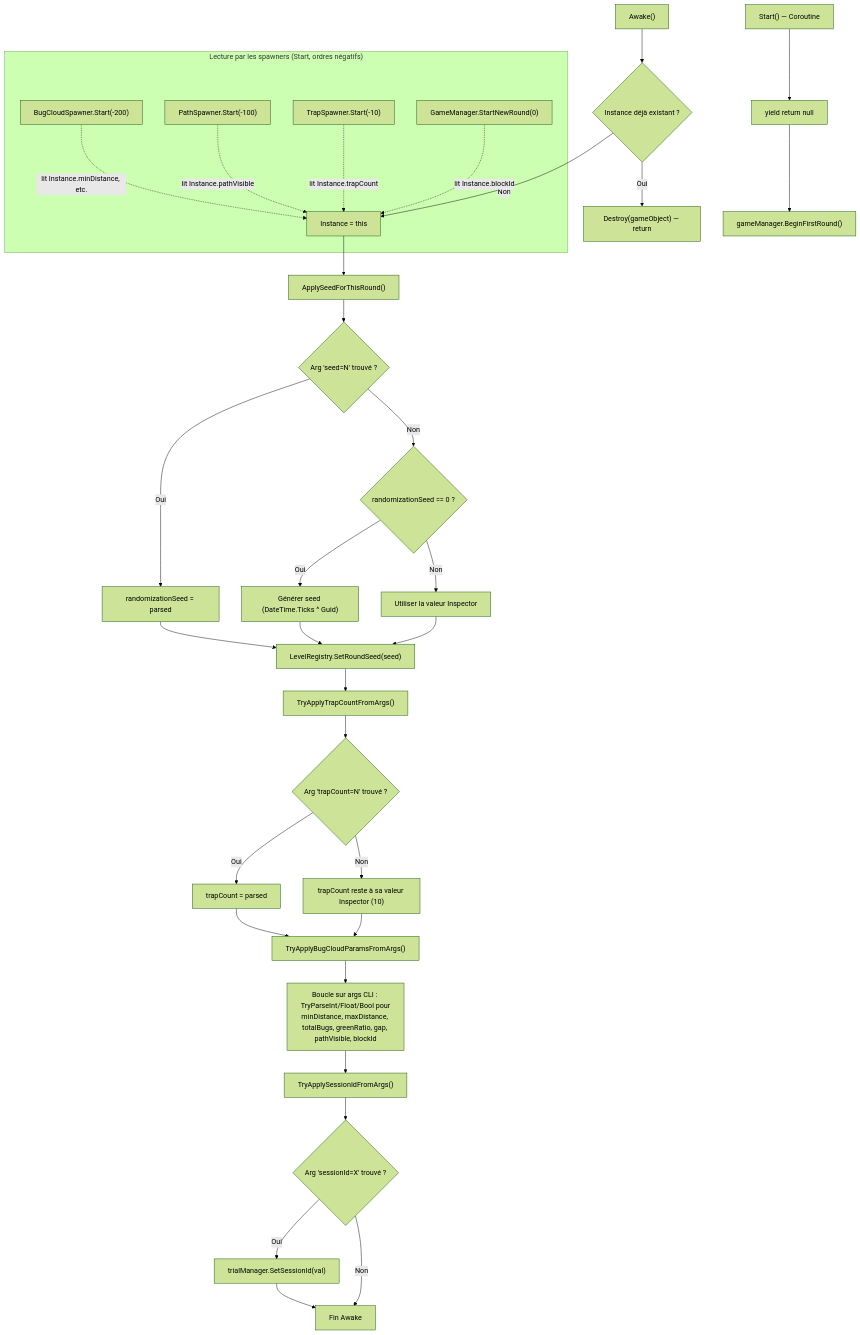
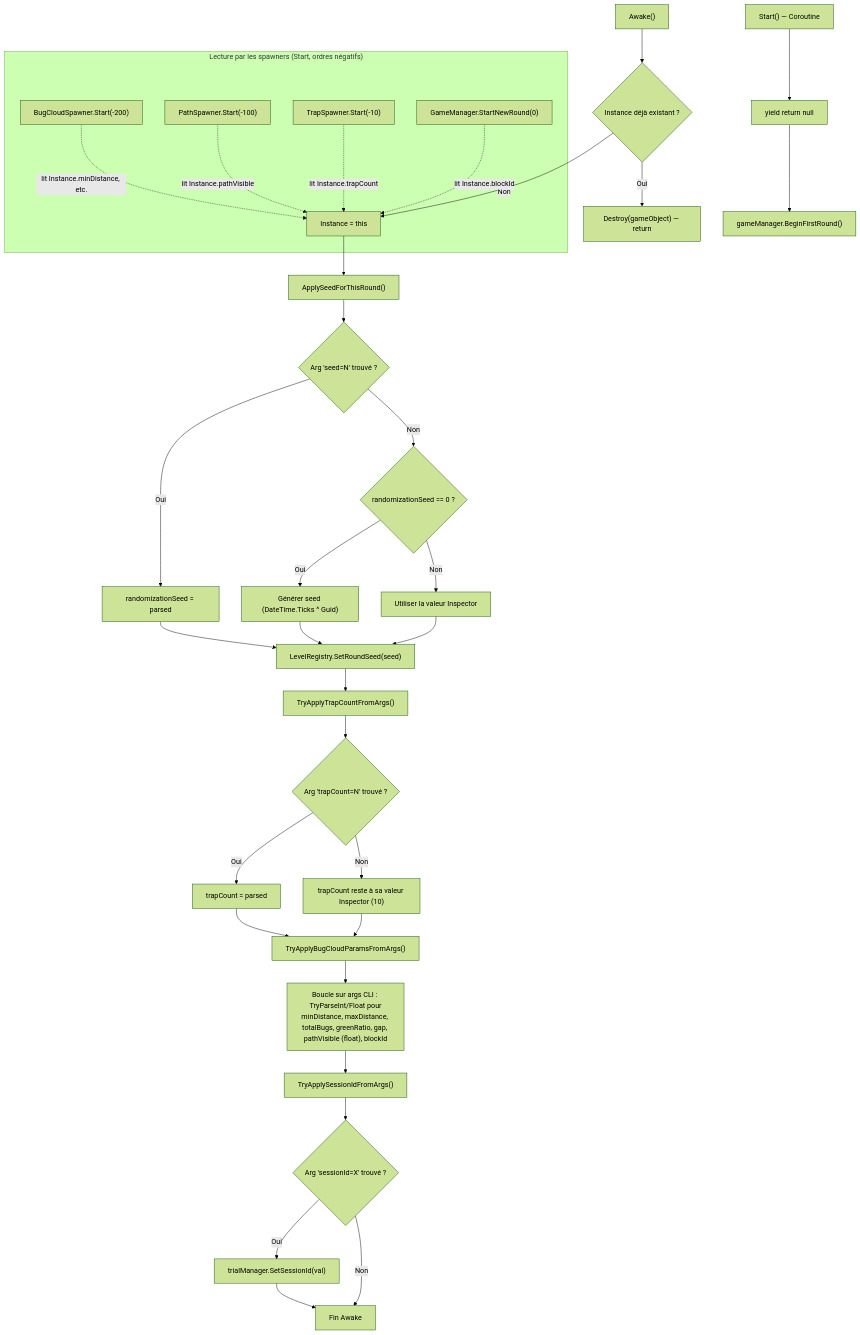
Before and after one commit to PierreChagnon/BUGS: the eighth of 13 diagrams in Docs/TDD.md, drawn with Mermaid (forest theme). The commit also changed other lines of this file and 5 other files, not shown here.

````diff
--- a/Docs/TDD.md
+++ b/Docs/TDD.md
@@ -1055,40 +1059,40 @@
 ```mermaid
 graph TD
     A["Awake()"] --> A0{"Instance déjà existant ?"}
     A0 -->|Oui| A1["Destroy(gameObject) — return"]
     A0 -->|Non| A2["Instance = this"]
     A2 --> B["ApplySeedForThisRound()"]
     B --> B1{Arg 'seed=N' trouvé ?}
     B1 -->|Oui| B2["randomizationSeed = parsed"]
     B1 -->|Non| B3{randomizationSeed == 0 ?}
     B3 -->|Oui| B4["Générer seed (DateTime.Ticks ^ Guid)"]
     B3 -->|Non| B5["Utiliser la valeur Inspector"]
     B2 --> B6["LevelRegistry.SetRoundSeed(seed)"]
     B4 --> B6
     B5 --> B6
 
     B6 --> C["TryApplyTrapCountFromArgs()"]
     C --> C1{Arg 'trapCount=N' trouvé ?}
     C1 -->|Oui| C2["trapCount = parsed"]
     C1 -->|Non| C3["trapCount reste à sa valeur Inspector (10)"]
 
     C2 --> D0["TryApplyBugCloudParamsFromArgs()"]
     C3 --> D0
-    D0 --> D1["Boucle sur args CLI : TryParseInt/Float/Bool pour<br/>minDistance, maxDistance, totalBugs, greenRatio, gap, pathVisible, blockId"]
+    D0 --> D1["Boucle sur args CLI : TryParseInt/Float pour<br/>minDistance, maxDistance, totalBugs, greenRatio, gap, pathVisible (float), blockId"]
 
     D1 --> E["TryApplySessionIdFromArgs()"]
     E --> E1{Arg 'sessionId=X' trouvé ?}
     E1 -->|Oui| E2["trialManager.SetSessionId(val)"]
     E1 -->|Non| F["Fin Awake"]
     E2 --> F
 
     G["Start() — Coroutine"] --> H["yield return null"]
     H --> I["gameManager.BeginFirstRound()"]
 
     subgraph "Lecture par les spawners (Start, ordres négatifs)"
         S1["BugCloudSpawner.Start(-200)"] -.->|"lit Instance.minDistance, etc."| A2
         S2["PathSpawner.Start(-100)"] -.->|"lit Instance.pathVisible"| A2
         S3["TrapSpawner.Start(-10)"] -.->|"lit Instance.trapCount"| A2
         S4["GameManager.StartNewRound(0)"] -.->|"lit Instance.blockId"| A2
     end
 ```
````
